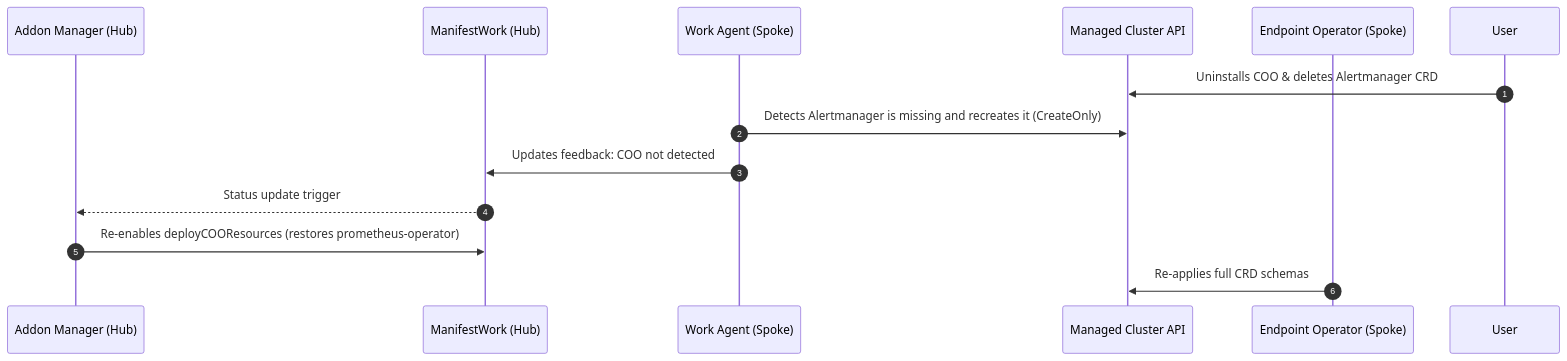
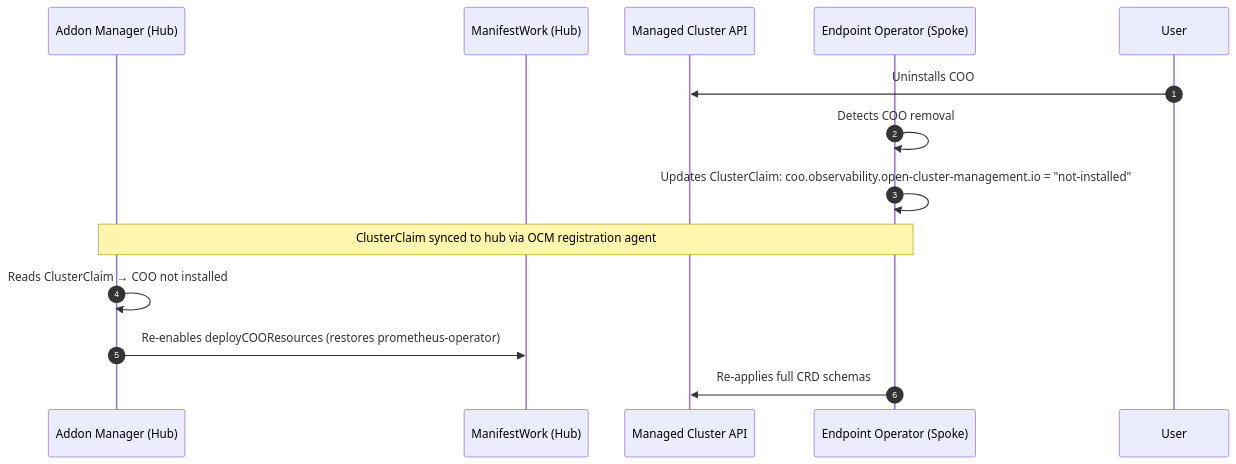
One commit to stolostron/multicluster-observability-addon changed the third of 3 diagrams in internal/metrics/README.md. Above: the diagram before and after it, drawn with Mermaid. The commit also changed other lines of this file, not shown here.

First line of the commit message:
docs: update metrics README for ClusterClaims-based COO detection

````diff
--- a/internal/metrics/README.md
+++ b/internal/metrics/README.md
@@ -152,17 +156,17 @@
 ```mermaid
 sequenceDiagram
     autonumber
     participant AddonManager as Addon Manager (Hub)
     participant ManifestWork as ManifestWork (Hub)
-    participant WorkAgent as Work Agent (Spoke)
     participant ManagedCluster as Managed Cluster API
     participant EndpointOp as Endpoint Operator (Spoke)
     participant User
 
-    User->>ManagedCluster: Uninstalls COO & deletes Alertmanager CRD
-    WorkAgent->>ManagedCluster: Detects Alertmanager is missing and recreates it (CreateOnly)
-    WorkAgent->>ManifestWork: Updates feedback: COO not detected
-    ManifestWork-->>AddonManager: Status update trigger
+    User->>ManagedCluster: Uninstalls COO
+    EndpointOp->>EndpointOp: Detects COO removal
+    EndpointOp->>EndpointOp: Updates ClusterClaim: coo.observability.open-cluster-management.io = "not-installed"
+    Note over EndpointOp,AddonManager: ClusterClaim synced to hub via OCM registration agent
+    AddonManager->>AddonManager: Reads ClusterClaim → COO not installed
     AddonManager->>ManifestWork: Re-enables deployCOOResources (restores prometheus-operator)
     EndpointOp->>ManagedCluster: Re-applies full CRD schemas
 ```
````
